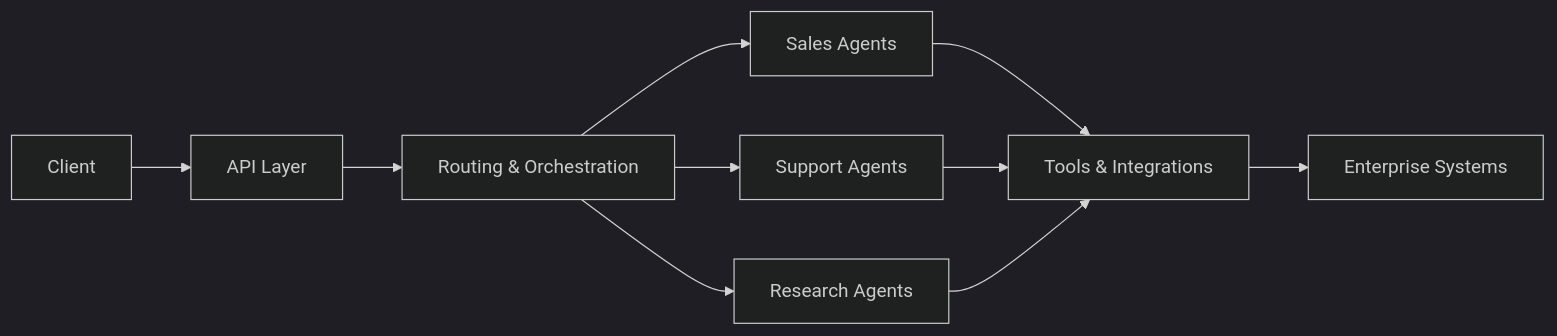
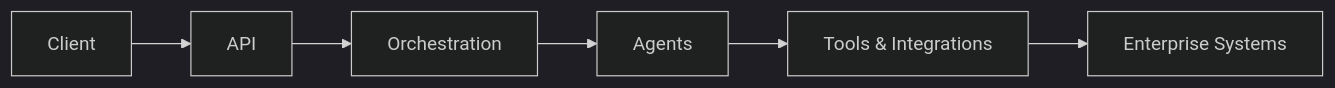
The first of 2 diagrams in README.md (Poochaman/Poochaman), drawn with Mermaid (dark theme) before and after one commit. The commit also changed other lines of this file, not shown here.

````diff
--- a/README.md
+++ b/README.md
@@ -9,12 +9,8 @@
 ```mermaid
 flowchart LR
-    A[Client] --> B[API Layer]
-    B --> C[Routing & Orchestration]
-    C --> D1[Sales Agents]
-    C --> D2[Support Agents]
-    C --> D3[Research Agents]
-    D1 --> E[Tools & Integrations]
-    D2 --> E
-    D3 --> E
+    A[Client] --> B[API]
+    B --> C[Orchestration]
+    C --> D[Agents]
+    D --> E[Tools & Integrations]
     E --> F[Enterprise Systems]
 ```
````
